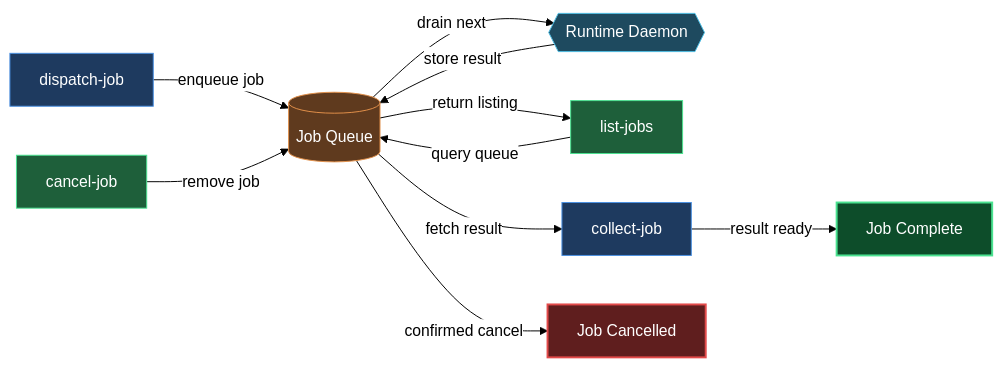
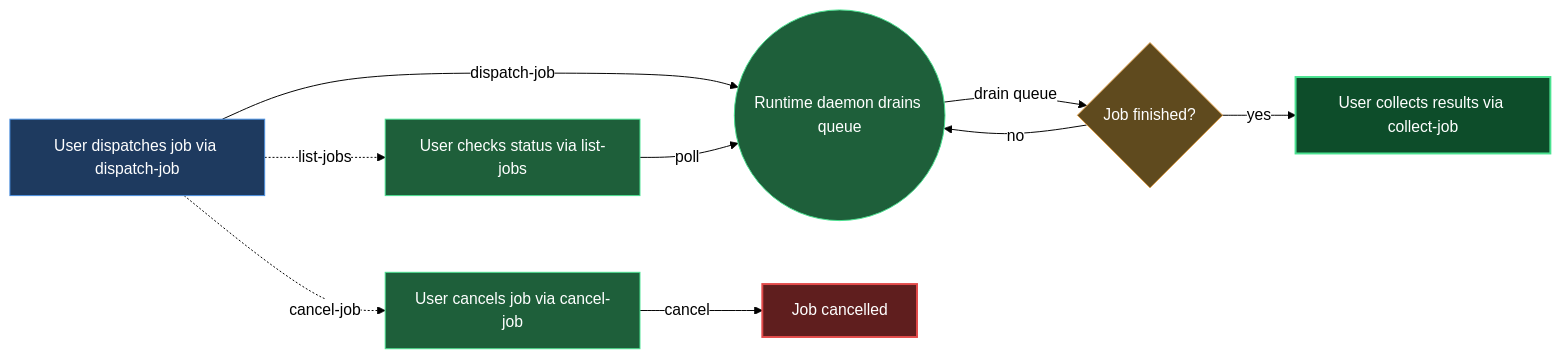
The diagram in claude/lazycortex-core/help/experts.md (mebius-san/lazy-cortex), drawn with Mermaid before and after one commit. The commit also changed other lines of this file and 63 other files, not shown here.

````diff
--- a/claude/lazycortex-core/help/experts.md
+++ b/claude/lazycortex-core/help/experts.md
@@ -68,39 +68,34 @@
 ```mermaid
 %%{init: {'themeVariables':{'background':'transparent','lineColor':'#000','textColor':'#000','edgeLabelBackground':'#fff'},'themeCSS':'.edgeLabel{background-color:transparent!important}.edgeLabel p{background-color:transparent!important}','flowchart':{'diagramPadding':5,'useMaxWidth':true}}}%%
 flowchart LR
-  userDispatch[dispatch-job]
-  jobQueue[(Job Queue)]
-  runtimeDaemon{{Runtime Daemon}}
-  userListJobs[list-jobs]
-  userCancelJob[cancel-job]
-  userCollect[collect-job]
-  jobDone[Job Complete]
-  jobCancelled[Job Cancelled]
+  userDispatchesJob[User dispatches job via dispatch-job]
+  runtimeDaemon((Runtime daemon drains queue))
+  jobFinished{Job finished?}
+  userCollectsJob[User collects results via collect-job]
+  userChecksStatus[User checks status via list-jobs]
+  userCancelsJob[User cancels job via cancel-job]
+  jobCancelled[Job cancelled]
 
-  userDispatch -->|enqueue job| jobQueue
-  jobQueue -->|drain next| runtimeDaemon
-  runtimeDaemon -->|store result| jobQueue
-  jobQueue -->|fetch result| userCollect
-  userCollect -->|result ready| jobDone
-  userListJobs -->|query queue| jobQueue
-  jobQueue -->|return listing| userListJobs
-  userCancelJob -->|remove job| jobQueue
-  jobQueue -->|confirmed cancel| jobCancelled
+  userDispatchesJob -->|dispatch-job| runtimeDaemon
+  runtimeDaemon -->|drain queue| jobFinished
+  jobFinished -->|yes| userCollectsJob
+  jobFinished -->|no| runtimeDaemon
+  userDispatchesJob -.->|list-jobs| userChecksStatus
+  userChecksStatus -->|poll| runtimeDaemon
+  userDispatchesJob -.->|cancel-job| userCancelsJob
+  userCancelsJob -->|cancel| jobCancelled
 
   classDef entry fill:#1e3a5f,stroke:#4a90e2,color:#fff
+  classDef guard fill:#5f4a1e,stroke:#e2a14a,color:#fff
   classDef action fill:#1e5f3a,stroke:#4ae290,color:#fff
-  classDef guard fill:#5f4a1e,stroke:#e2a14a,color:#fff
   classDef success fill:#0d4d2a,stroke:#4ae290,color:#fff,stroke-width:2px
   classDef error fill:#5f1e1e,stroke:#e24a4a,color:#fff,stroke-width:2px
-  classDef service fill:#1e4a5f,stroke:#4abce2,color:#fff
-  classDef store fill:#5f3a1e,stroke:#e2904a,color:#fff
 
-  class userDispatch entry
-  class userCollect entry
-  class userListJobs action
-  class userCancelJob action
-  class runtimeDaemon service
-  class jobQueue store
-  class jobDone success
+  class userDispatchesJob entry
+  class runtimeDaemon action
+  class userChecksStatus action
+  class userCancelsJob action
+  class jobFinished guard
+  class userCollectsJob success
   class jobCancelled error
 ```
````
